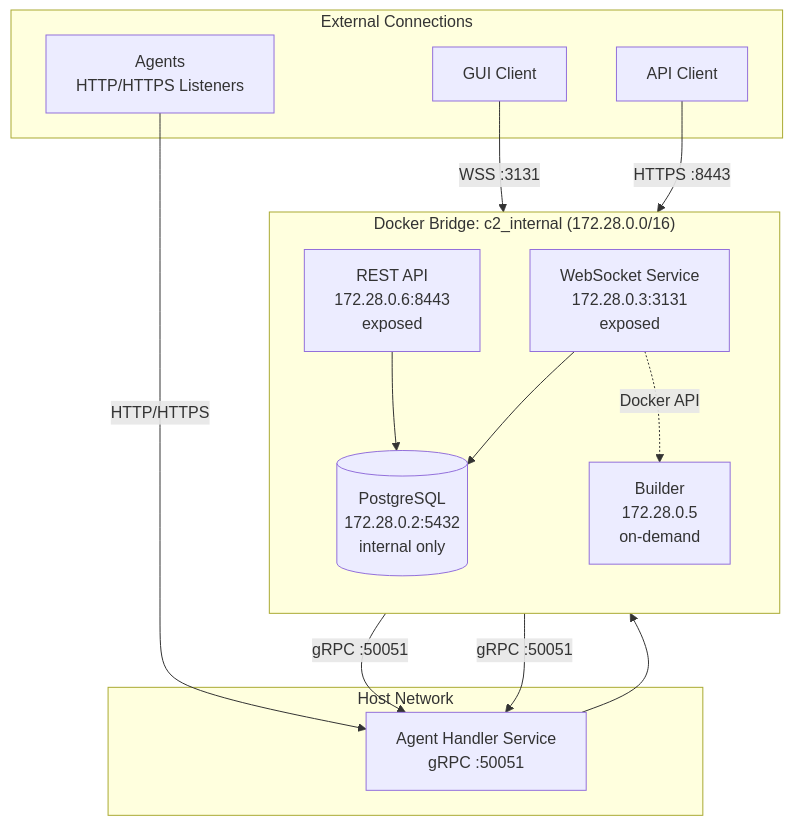
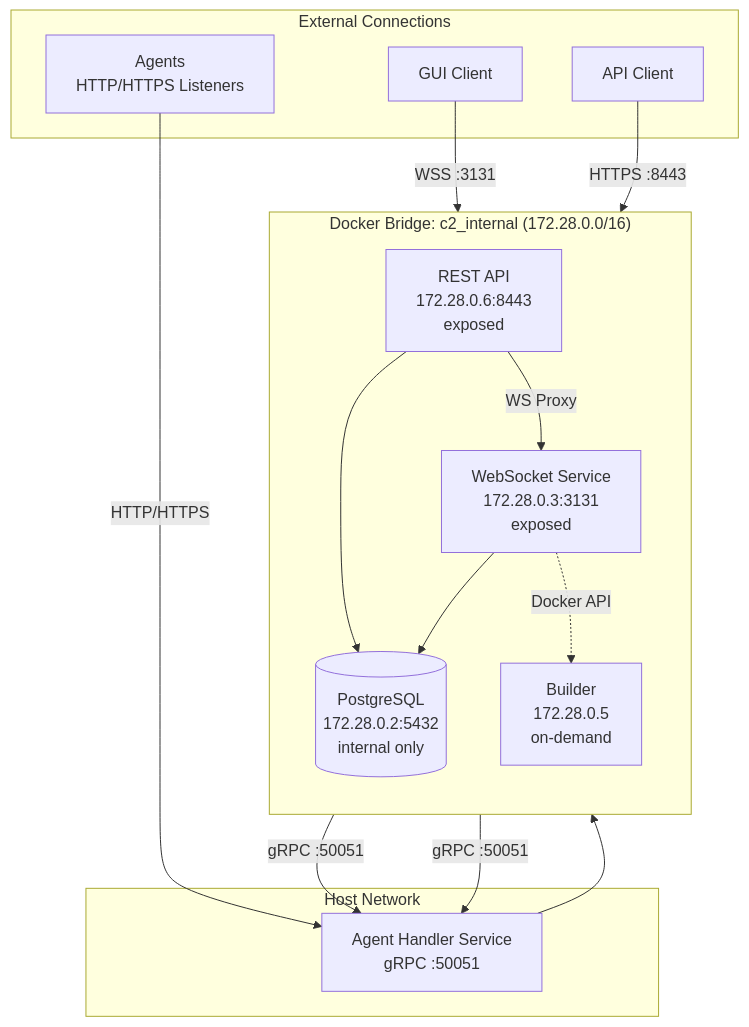
One commit to seahop/NexusC2 changed the diagram in website/content/docs/infrastructure.md. Above: the diagram before and after it, drawn with Mermaid. The commit also changed other lines of this file and 21 other files, not shown here.

```diff
--- a/website/content/docs/infrastructure.md
+++ b/website/content/docs/infrastructure.md
@@ -14,31 +14,32 @@
 {{< mermaid >}}
 graph TB
     subgraph Host["Host Network"]
         AH[Agent Handler Service<br/>gRPC :50051]
     end
 
     subgraph Bridge["Docker Bridge: c2_internal (172.28.0.0/16)"]
         direction TB
         DB[(PostgreSQL<br/>172.28.0.2:5432<br/>internal only)]
         WS[WebSocket Service<br/>172.28.0.3:3131<br/>exposed]
         REST[REST API<br/>172.28.0.6:8443<br/>exposed]
         BUILD[Builder<br/>172.28.0.5<br/>on-demand]
     end
 
     subgraph External["External Connections"]
         GUI[GUI Client]
         API[API Client]
         AGENTS[Agents<br/>HTTP/HTTPS Listeners]
     end
 
     GUI -->|WSS :3131| WS
     API -->|HTTPS :8443| REST
     AGENTS -->|HTTP/HTTPS| AH
 
     WS -->|gRPC :50051| AH
     REST -->|gRPC :50051| AH
+    REST -->|WS Proxy| WS
     WS --> DB
     REST --> DB
     AH --> DB
     WS -.->|Docker API| BUILD
 {{< /mermaid >}}
```
